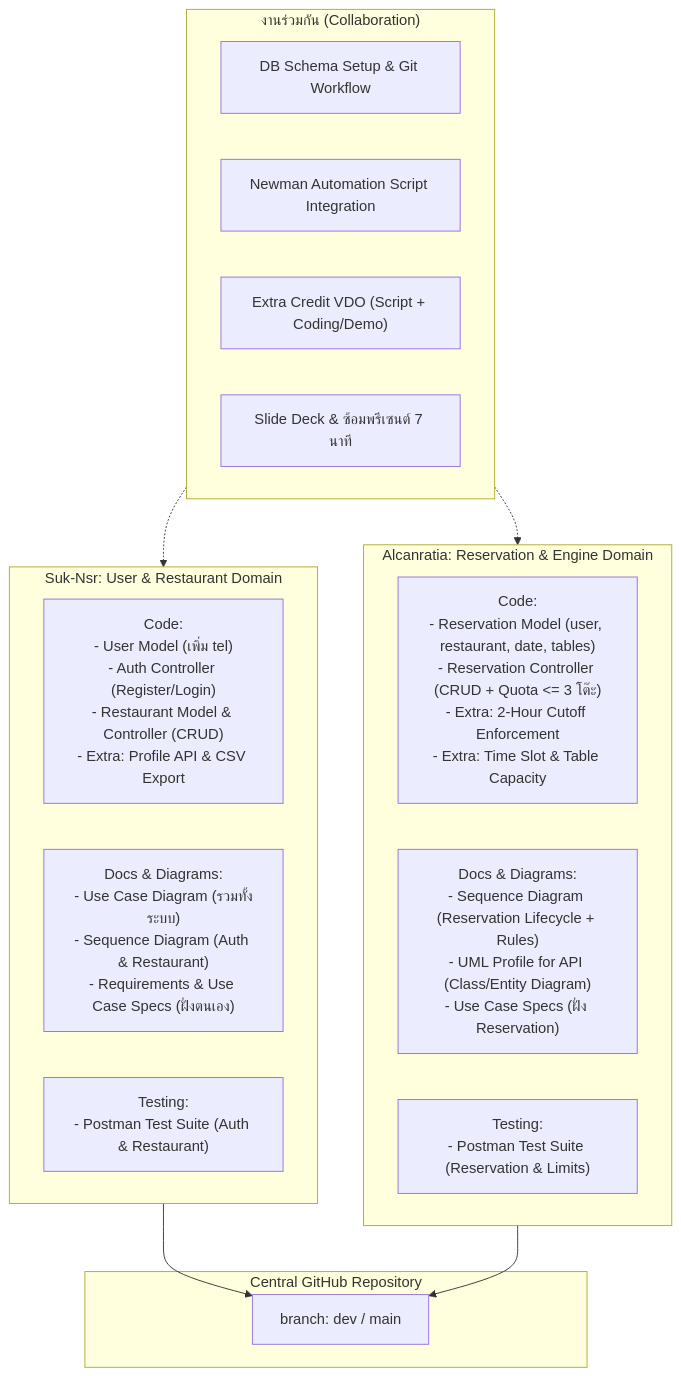
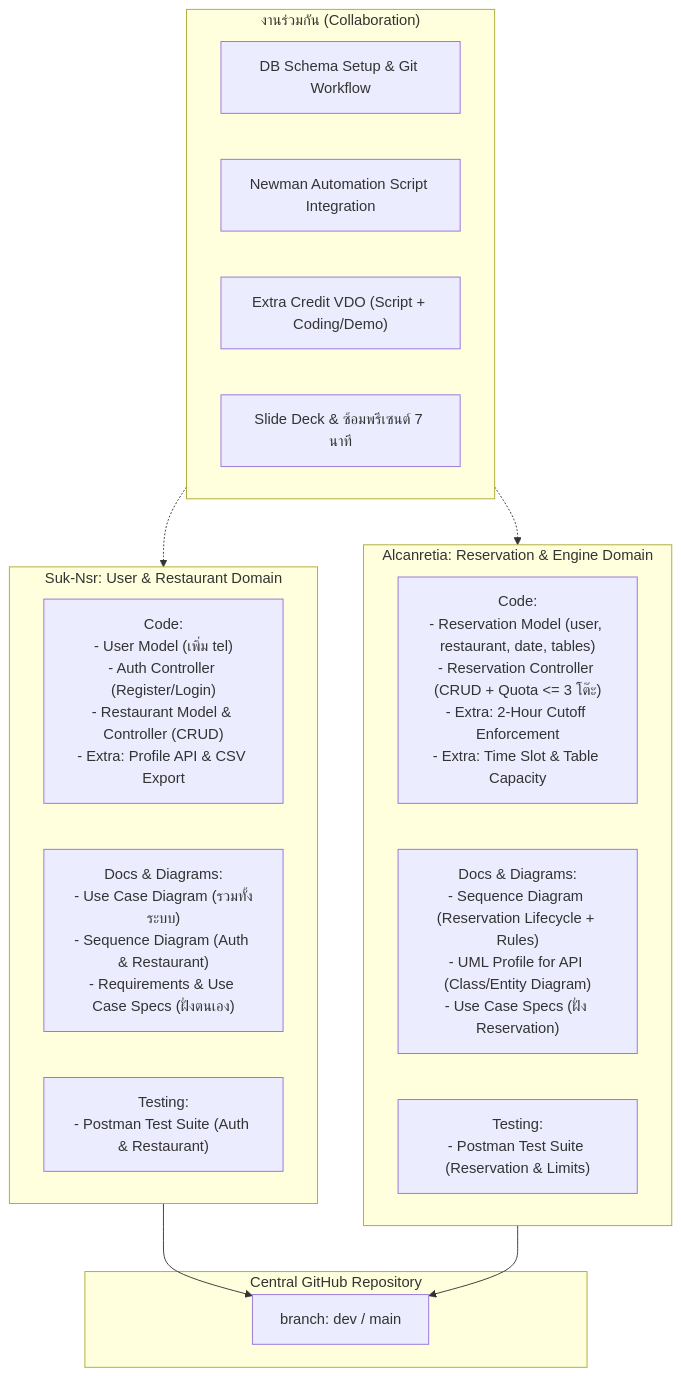
One commit to Suk-Nsr/SW-DEV-PRAC-Project changed the diagram in PROJECT_PLAN.md. Above: the diagram before and after it, drawn with Mermaid. The commit also changed other lines of this file and 11 other files, not shown here.

````diff
--- a/PROJECT_PLAN.md
+++ b/PROJECT_PLAN.md
@@ -62,30 +62,30 @@
 ```mermaid
 flowchart TD
     subgraph Repo["Central GitHub Repository"]
         Dev["branch: dev / main"]
     end
 
     subgraph Member1["Suk-Nsr: User & Restaurant Domain"]
         M1_Code["Code:<br>- User Model (เพิ่ม tel)<br>- Auth Controller (Register/Login)<br>- Restaurant Model & Controller (CRUD)<br>- Extra: Profile API & CSV Export"]
         M1_Doc["Docs & Diagrams:<br>- Use Case Diagram (รวมทั้งระบบ)<br>- Sequence Diagram (Auth & Restaurant)<br>- Requirements & Use Case Specs (ฝั่งตนเอง)"]
         M1_Test["Testing:<br>- Postman Test Suite (Auth & Restaurant)"]
     end
 
-    subgraph Member2["Alcanratia: Reservation & Engine Domain"]
+    subgraph Member2["Alcanretia: Reservation & Engine Domain"]
         M2_Code["Code:<br>- Reservation Model (user, restaurant, date, tables)<br>- Reservation Controller (CRUD + Quota <= 3 โต๊ะ)<br>- Extra: 2-Hour Cutoff Enforcement<br>- Extra: Time Slot & Table Capacity"]
         M2_Doc["Docs & Diagrams:<br>- Sequence Diagram (Reservation Lifecycle + Rules)<br>- UML Profile for API (Class/Entity Diagram)<br>- Use Case Specs (ฝั่ง Reservation)"]
         M2_Test["Testing:<br>- Postman Test Suite (Reservation & Limits)"]
     end
 
     subgraph Shared["งานร่วมกัน (Collaboration)"]
         S1["DB Schema Setup & Git Workflow"]
         S2["Newman Automation Script Integration"]
         S3["Extra Credit VDO (Script + Coding/Demo)"]
         S4["Slide Deck & ซ้อมพรีเซนต์ 7 นาที"]
     end
 
     Member1 --> Dev
     Member2 --> Dev
     Shared -.-> Member1
     Shared -.-> Member2
 ```
````
